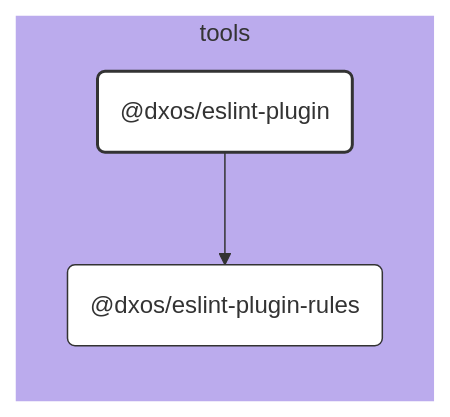
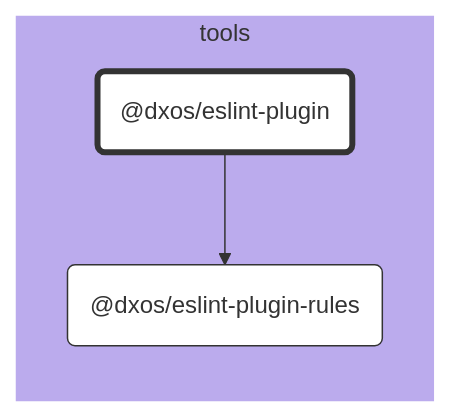
The diagram in tools/eslint-plugin/docs/README.md (dxos/dxos), drawn with Mermaid before and after one commit. The commit also changed 683 other files, not shown here.

````diff
--- a/tools/eslint-plugin/docs/README.md
+++ b/tools/eslint-plugin/docs/README.md
@@ -7,29 +7,23 @@
 ```mermaid
 %%{ init: {'flowchart':{'curve':'basis'}} }%%
 
 flowchart LR
 
-%% Links
-dxos/eslint-plugin --> dxos/eslint-plugin-rules;
+%% Classes
+classDef def fill:#fff,stroke:#333,stroke-width:1px
+classDef root fill:#fff,stroke:#333,stroke-width:4px
 
-%% Sections
-subgraph tools
-  style tools fill:#bbabed,stroke:#fff;
+%% Nodes
 
-  dxos/eslint-plugin("@dxos/eslint-plugin")
-  dxos/eslint-plugin-rules("@dxos/eslint-plugin-rules")
+subgraph tools [tools]
+  style tools fill:#bbabed,stroke:#fff
+  dxos/eslint-plugin("@dxos/eslint-plugin"):::root
+  click dxos/eslint-plugin "dxos/dxos/tree/main/tools/eslint-plugin/docs"
+  dxos/eslint-plugin-rules("@dxos/eslint-plugin-rules"):::def
+  click dxos/eslint-plugin-rules "dxos/dxos/tree/main/tools/eslint-rules/docs"
 end
 
-
-%% Hyperlinks
-click dxos/eslint-plugin-rules "dxos/dxos/tree/main/tools/eslint-rules/docs";
-
-%% Styles
-classDef rootNode fill:#fff,stroke:#333,stroke-width:2px
-classDef defaultNode fill:#fff,stroke:#333,stroke-width:1px
+%% Links
 linkStyle default stroke:#333,stroke-width:1px
-
-dxos/eslint-plugin:::rootNode
-
-dxos/eslint-plugin-rules:::defaultNode
+dxos/eslint-plugin --> dxos/eslint-plugin-rules
 ```
````
